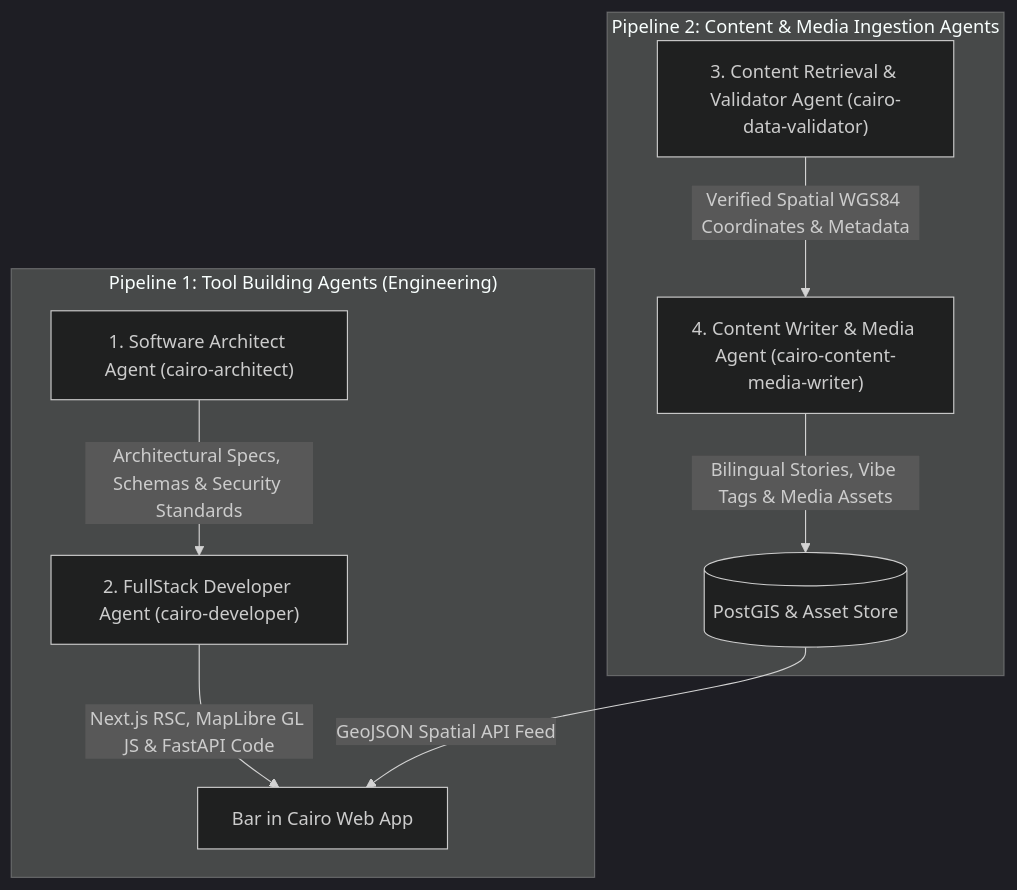
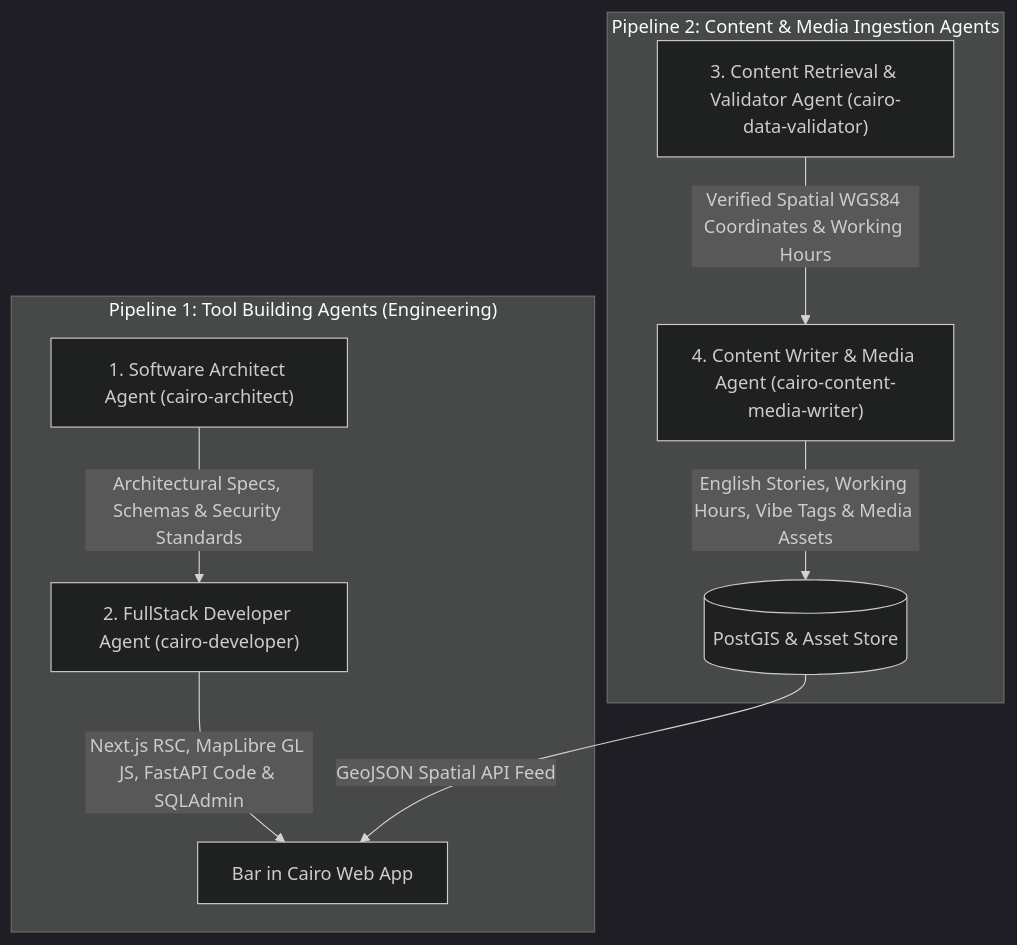
The diagram in SPEC.md (alexseif/barincairo), drawn with Mermaid (dark theme) before and after one commit. The commit also changed other lines of this file and 3 other files, not shown here.

Commit message:
docs: update objective, spec, architecture and add backend edits spec

````diff
--- a/SPEC.md
+++ b/SPEC.md
@@ -22,14 +22,14 @@
 ```mermaid
 flowchart TD
     subgraph Line1["Pipeline 1: Tool Building Agents (Engineering)"]
         A1["1. Software Architect Agent (cairo-architect)"] -->|Architectural Specs, Schemas & Security Standards| A2["2. FullStack Developer Agent (cairo-developer)"]
-        A2 -->|Next.js RSC, MapLibre GL JS & FastAPI Code| APP["Bar in Cairo Web App"]
+        A2 -->|Next.js RSC, MapLibre GL JS, FastAPI Code & SQLAdmin| APP["Bar in Cairo Web App"]
     end
 
     subgraph Line2["Pipeline 2: Content & Media Ingestion Agents"]
-        B1["3. Content Retrieval & Validator Agent (cairo-data-validator)"] -->|Verified Spatial WGS84 Coordinates & Metadata| B2["4. Content Writer & Media Agent (cairo-content-media-writer)"]
-        B2 -->|Bilingual Stories, Vibe Tags & Media Assets| DB[(PostGIS & Asset Store)]
+        B1["3. Content Retrieval & Validator Agent (cairo-data-validator)"] -->|Verified Spatial WGS84 Coordinates & Working Hours| B2["4. Content Writer & Media Agent (cairo-content-media-writer)"]
+        B2 -->|English Stories, Working Hours, Vibe Tags & Media Assets| DB[(PostGIS & Asset Store)]
     end
 
     DB -->|GeoJSON Spatial API Feed| APP
 ```
````
